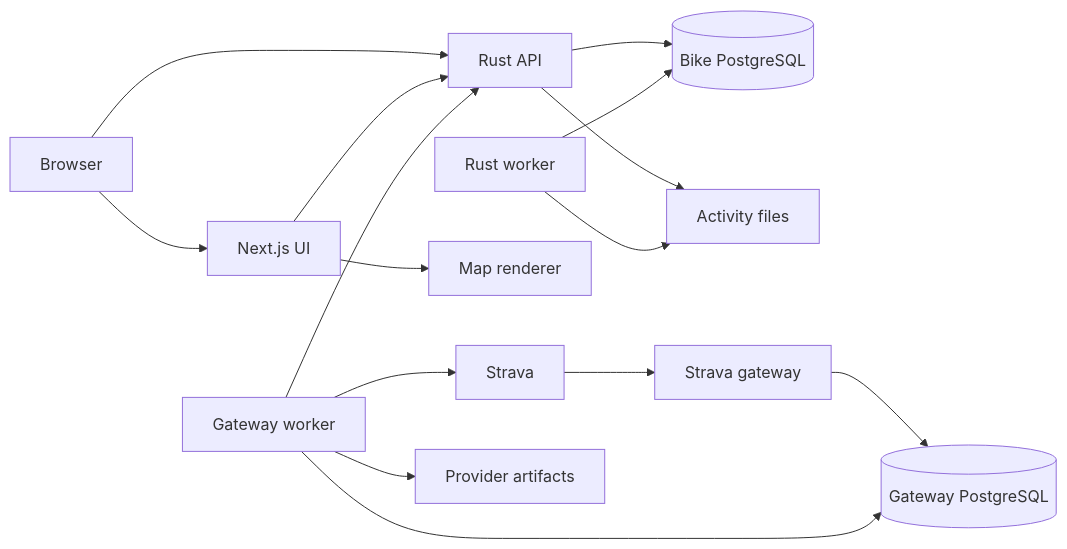
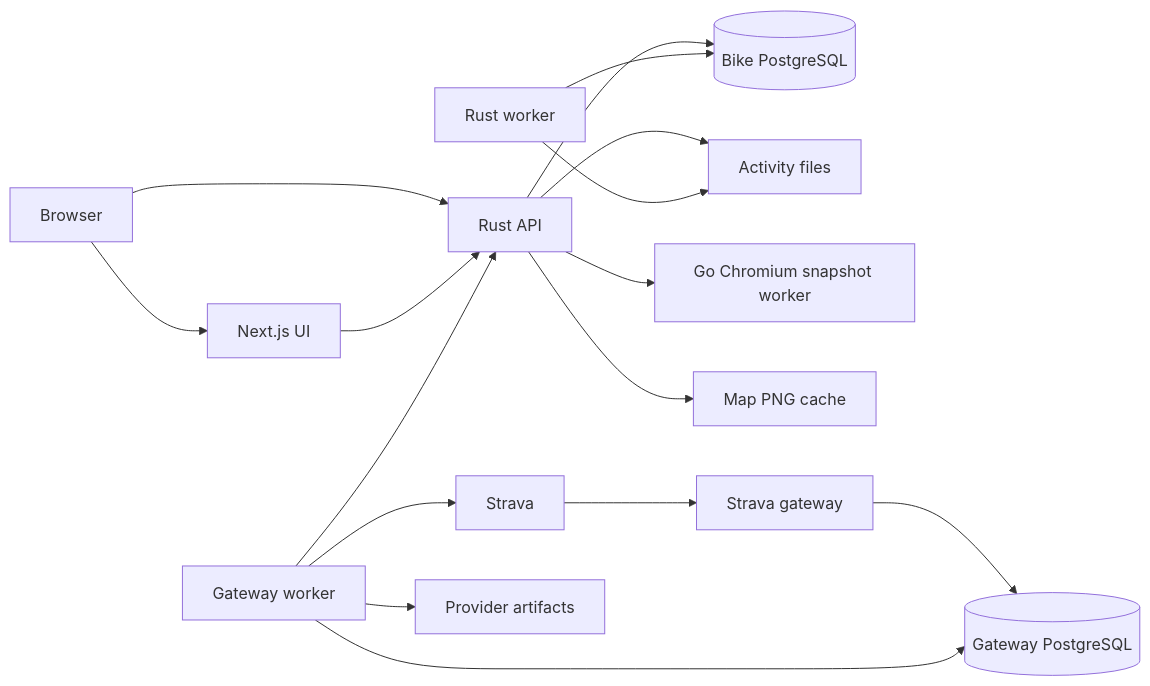
The diagram in docs/architecture.md (ericbutera/bike), drawn with Mermaid before and after one commit. The commit also changed other lines of this file and 115 other files, not shown here.

Commit message:
feat(maps): Rust image API with Go snapshots

````diff
--- a/docs/architecture.md
+++ b/docs/architecture.md
@@ -9,17 +9,18 @@
 ```mermaid
 flowchart LR
     Browser[Browser] --> UI[Next.js UI]
     Browser --> API[Rust API]
     UI --> API
     API --> DB[(Bike PostgreSQL)]
     Worker[Rust worker] --> DB
     API --> Files[Activity files]
     Worker --> Files
-    UI --> Maps[Map renderer]
+    API --> Maps[Go Chromium snapshot worker]
+    API --> MapCache[Map PNG cache]
     Strava[Strava] --> Gateway[Strava gateway]
     Gateway --> Inbox[(Gateway PostgreSQL)]
     ProviderWorker[Gateway worker] --> Inbox
     ProviderWorker --> Strava
     ProviderWorker --> Artifacts[Provider artifacts]
     ProviderWorker --> API
 ```
````
